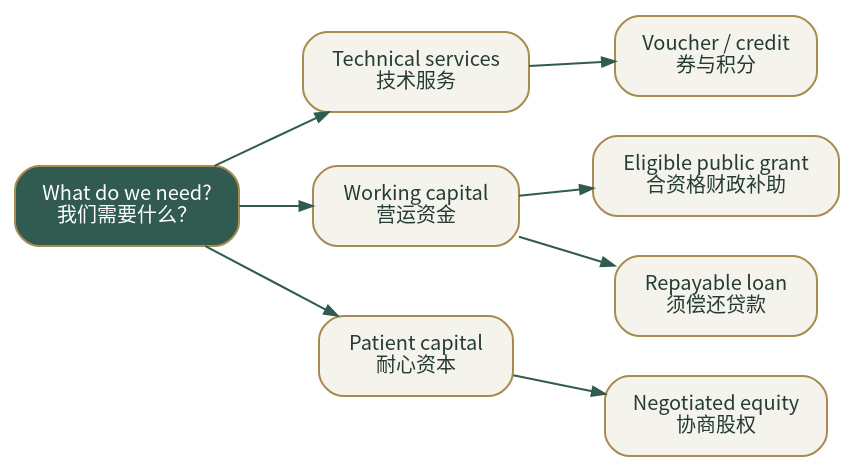
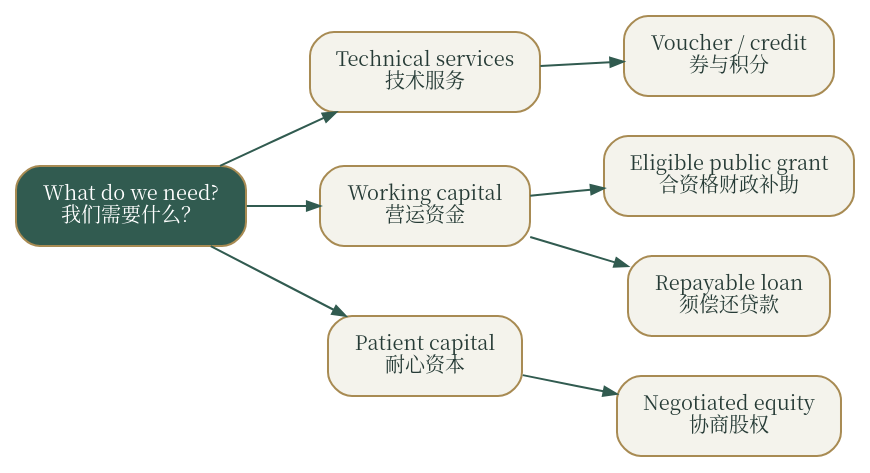
The diagram in docs/figures/funding.dot (insanai/shaiecosystem), drawn with Graphviz before and after one commit. The commit also changed 4 other files, not shown here.

Commit message:
build: use bundled CJK fonts for diagrams and books

```diff
--- a/docs/figures/funding.dot
+++ b/docs/figures/funding.dot
@@ -1,10 +1,10 @@
 digraph funding {
  graph [rankdir=LR,bgcolor="transparent",pad="0.25",nodesep="0.28",ranksep="0.45"];
- node [shape=box,style="rounded,filled",fillcolor="#f4f3ec",color="#a88b53",fontcolor="#263b36",fontname="Noto Sans CJK SC",fontsize=10,margin="0.2,0.12"];
+ node [shape=box,style="rounded,filled",fillcolor="#f4f3ec",color="#a88b53",fontcolor="#263b36",fontname="Noto Serif CJK SC",fontsize=10,margin="0.2,0.12"];
  edge [color="#315b50",arrowsize=0.65];
  need [label="What do we need?\n我们需要什么？",fillcolor="#315b50",fontcolor="white"];
  service [label="Technical services\n技术服务"]; cash [label="Working capital\n营运资金"]; growth [label="Patient capital\n耐心资本"];
  credit [label="Voucher / credit\n券与积分"]; grant [label="Eligible public grant\n合资格财政补助"]; debt [label="Repayable loan\n须偿还贷款"]; equity [label="Negotiated equity\n协商股权"];
  need -> service; need -> cash; need -> growth;
  service -> credit;cash -> grant;cash -> debt;growth -> equity;
 }
```
